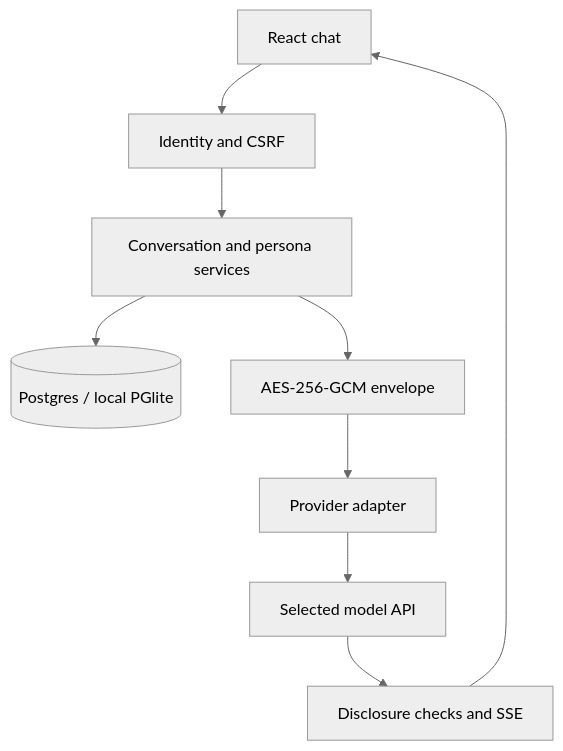
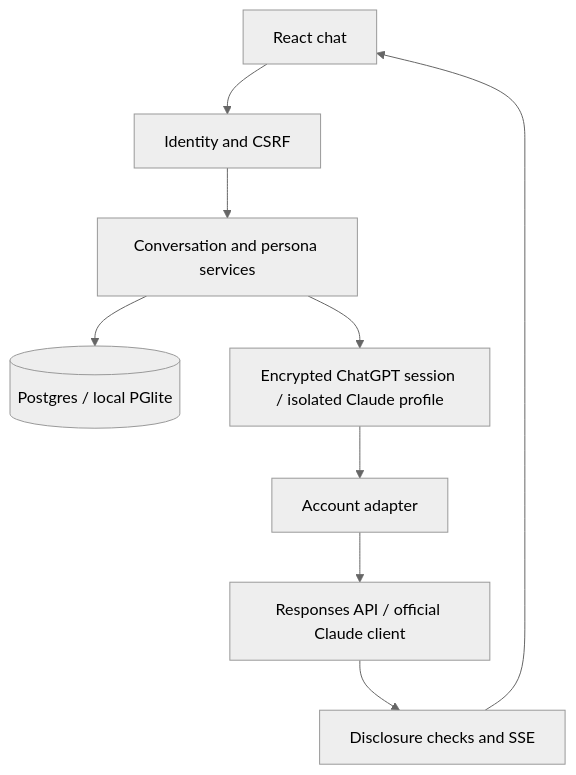
One commit to Adarsh-9182/context-harness changed the diagram in docs/ARCHITECTURE.md. Above: the diagram before and after it, drawn with Mermaid (neutral theme). The commit also changed other lines of this file and 39 other files, not shown here.

Commit message:
Connect Claude and ChatGPT accounts from a floating local workspace

````diff
--- a/docs/ARCHITECTURE.md
+++ b/docs/ARCHITECTURE.md
@@ -5,11 +5,11 @@
 ```mermaid
 flowchart TD
   UI[React chat] --> AUTH[Identity and CSRF]
   AUTH --> SERVICE[Conversation and persona services]
   SERVICE --> DB[(Postgres / local PGlite)]
-  SERVICE --> KEYS[AES-256-GCM envelope]
-  KEYS --> ADAPTER[Provider adapter]
-  ADAPTER --> MODEL[Selected model API]
+  SERVICE --> SESSION[Encrypted ChatGPT session / isolated Claude profile]
+  SESSION --> ADAPTER[Account adapter]
+  ADAPTER --> MODEL[Responses API / official Claude client]
   MODEL --> GUARD[Disclosure checks and SSE]
   GUARD --> UI
 ```
````
